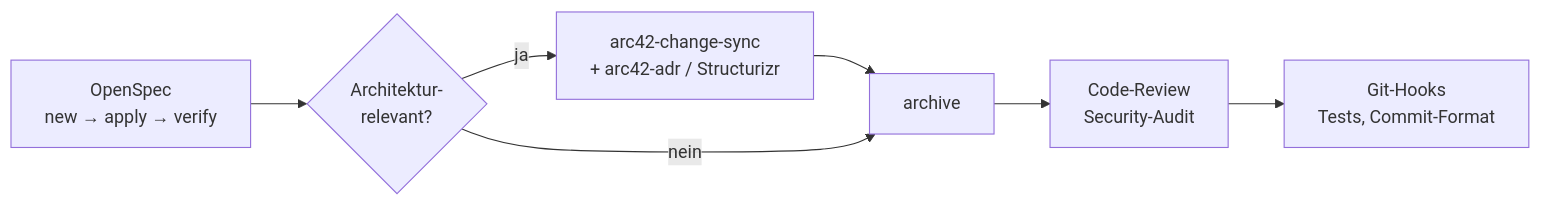
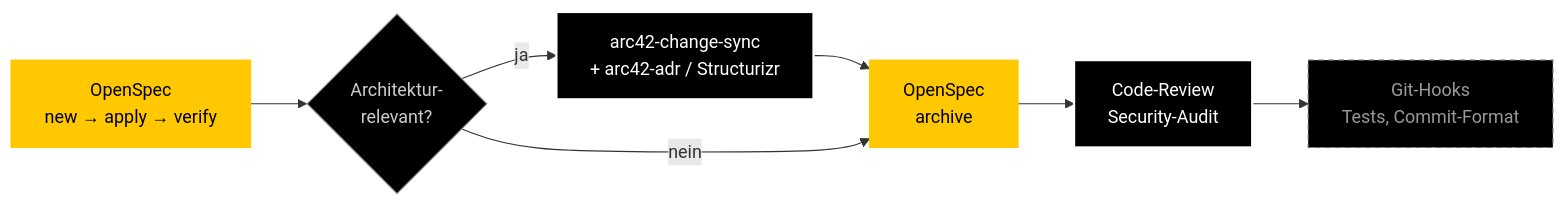
The first of 6 diagrams in slides-ai/slides.md (Gepardec/tkud-training), drawn with Mermaid before and after one commit. The commit also changed other lines of this file and 1 other file, not shown here.

````diff
--- a/slides-ai/slides.md
+++ b/slides-ai/slides.md
@@ -84,9 +84,18 @@
 ```mermaid
 flowchart LR
   OS["OpenSpec<br/>new → apply → verify"] --> Q{"Architektur-<br/>relevant?"}
   Q -- ja --> S["arc42-change-sync<br/>+ arc42-adr / Structurizr"]
-  S --> A["archive"]
+  S --> A["OpenSpec<br/>archive"]
   Q -- nein --> A
   A --> QS["Code-Review<br/>Security-Audit"]
   QS --> H["Git-Hooks<br/>Tests, Commit-Format"]
+
+  classDef openspec fill:#FFC800,stroke:#FFC800,color:#000
+  classDef agent fill:#000,stroke:#fff,stroke-width:2px,color:#fff
+  classDef human fill:#000,stroke:#999,color:#ccc
+  classDef auto fill:#000,stroke:#666,stroke-dasharray:5 4,color:#999
+  class OS,A openspec
+  class S,QS agent
+  class Q human
+  class H auto
 ```
````
